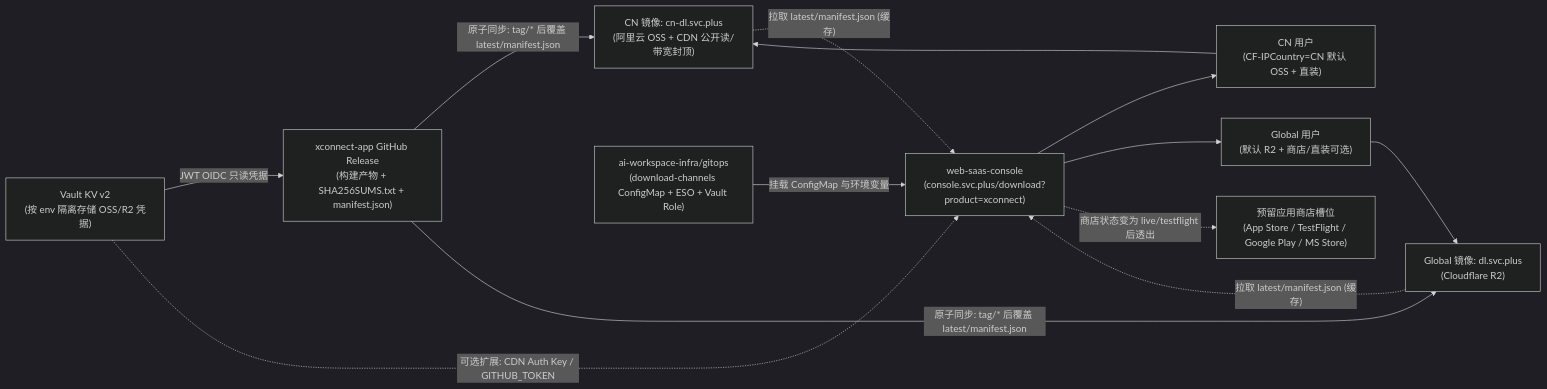
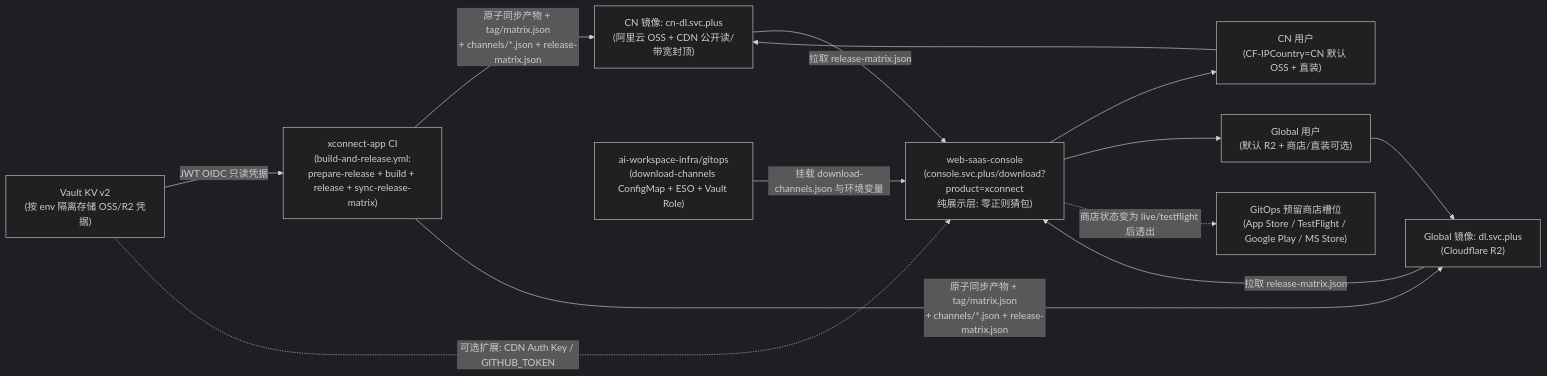
One commit to ai-workspace-services/knowledge changed the diagram in docs/reference/client-distribution/01-xconnect-download-page-and-dual-mirror-plan.md. Above: the diagram before and after it, drawn with Mermaid (dark theme). The commit also changed other lines of this file and 1 other file, not shown here.

Commit message:
docs(xconnect): align CI release-matrix sync and pure-presentation frontend UI

````diff
--- a/docs/reference/client-distribution/01-xconnect-download-page-and-dual-mirror-plan.md
+++ b/docs/reference/client-distribution/01-xconnect-download-page-and-dual-mirror-plan.md
@@ -80,26 +91,26 @@
 ```mermaid
 flowchart LR
     Vault["Vault KV v2\n(按 env 隔离存储 OSS/R2 凭据)"]
-    GH["xconnect-app GitHub Release\n(构建产物 + SHA256SUMS.txt + manifest.json)"]
+    CI["xconnect-app CI\n(build-and-release.yml:\nprepare-release + build + release + sync-release-matrix)"]
     OSS["CN 镜像: cn-dl.svc.plus\n(阿里云 OSS + CDN 公开读/带宽封顶)"]
     R2["Global 镜像: dl.svc.plus\n(Cloudflare R2)"]
     GitOps["ai-workspace-infra/gitops\n(download-channels ConfigMap + ESO + Vault Role)"]
-    Portal["web-saas-console\n(console.svc.plus/download?product=xconnect)"]
-    Stores["预留应用商店槽位\n(App Store / TestFlight / Google Play / MS Store)"]
+    Portal["web-saas-console\n(console.svc.plus/download?product=xconnect\n纯展示层: 零正则猜包)"]
+    Stores["GitOps 预留商店槽位\n(App Store / TestFlight / Google Play / MS Store)"]
     CNUser["CN 用户\n(CF-IPCountry=CN 默认 OSS + 直装)"]
     GLUser["Global 用户\n(默认 R2 + 商店/直装可选)"]
 
-    Vault -->|"JWT OIDC 只读凭据"| GH
-    GH -->|"原子同步: tag/* 后覆盖 latest/manifest.json"| OSS
-    GH -->|"原子同步: tag/* 后覆盖 latest/manifest.json"| R2
-    GitOps -->|"挂载 ConfigMap 与环境变量"| Portal
+    Vault -->|"JWT OIDC 只读凭据"| CI
+    CI -->|"原子同步产物 + tag/matrix.json\n+ channels/*.json + release-matrix.json"| OSS
+    CI -->|"原子同步产物 + tag/matrix.json\n+ channels/*.json + release-matrix.json"| R2
+    GitOps -->|"挂载 download-channels.json 与环境变量"| Portal
     Vault -.->|"可选扩展: CDN Auth Key / GITHUB_TOKEN"| Portal
-    OSS -.->|"拉取 latest/manifest.json (缓存)"| Portal
-    R2 -.->|"拉取 latest/manifest.json (缓存)"| Portal
+    OSS -->|"拉取 release-matrix.json"| Portal
+    R2 -->|"拉取 release-matrix.json"| Portal
 
     Portal --> CNUser
     Portal --> GLUser
     CNUser --> OSS
     GLUser --> R2
     Portal -.->|"商店状态变为 live/testflight 后透出"| Stores
 ```
````
